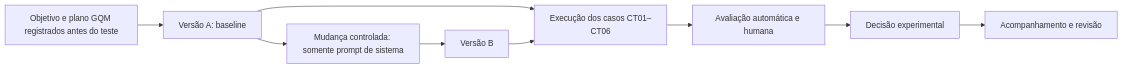
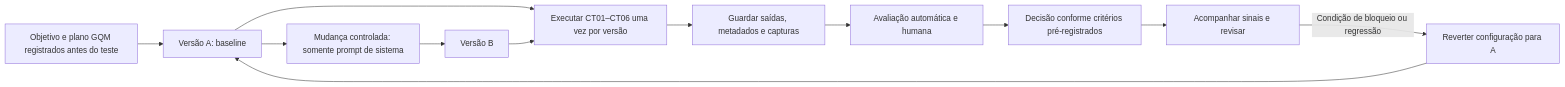
The diagram in atividade3/ciclo-de-vida/ciclo-de-vida.md (Enz0EMCosta/QSoftware_2026_2_AV3_Lima_Adam_Costa_Enzo_D-da_Douglas_Prata_Rafael_Raphael_Souza_Vinicius_Thayla), drawn with Mermaid before and after one commit. The commit also changed other lines of this file and 2 other files, not shown here.

Commit message:
Atividade 3: documenta ciclo de vida e manifestos

````diff
--- a/atividade3/ciclo-de-vida/ciclo-de-vida.md
+++ b/atividade3/ciclo-de-vida/ciclo-de-vida.md
@@ -11,11 +11,14 @@
 ```mermaid
 flowchart LR
     O[Objetivo e plano GQM registrados antes do teste] --> A[Versão A: baseline]
-    A --> B[Mudança controlada: somente prompt de sistema]
-    B --> V[Versão B]
-    A --> E[Execução dos casos CT01–CT06]
-    V --> E
-    E --> AV[Avaliação automática e humana]
-    AV --> D[Decisão experimental]
-    D --> M[Acompanhamento e revisão]
+    A --> C[Mudança controlada: somente prompt de sistema]
+    C --> B[Versão B]
+    A --> E[Executar CT01–CT06 uma vez por versão]
+    B --> E
+    E --> S[Guardar saídas, metadados e capturas]
+    S --> AV[Avaliação automática e humana]
+    AV --> D[Decisão conforme critérios pré-registrados]
+    D --> M[Acompanhar sinais e revisar]
+    M -->|Condição de bloqueio ou regressão| R[Reverter configuração para A]
+    R --> A
 ```
````
